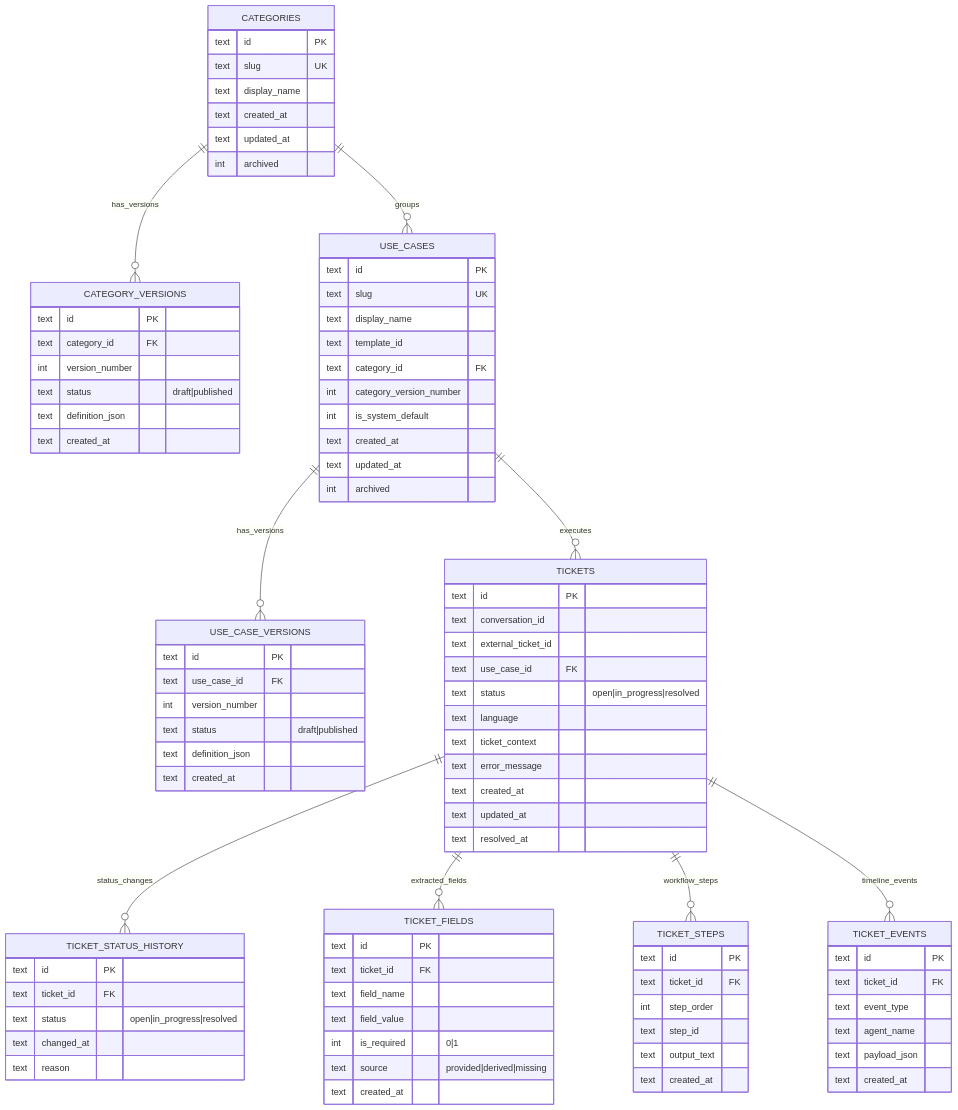
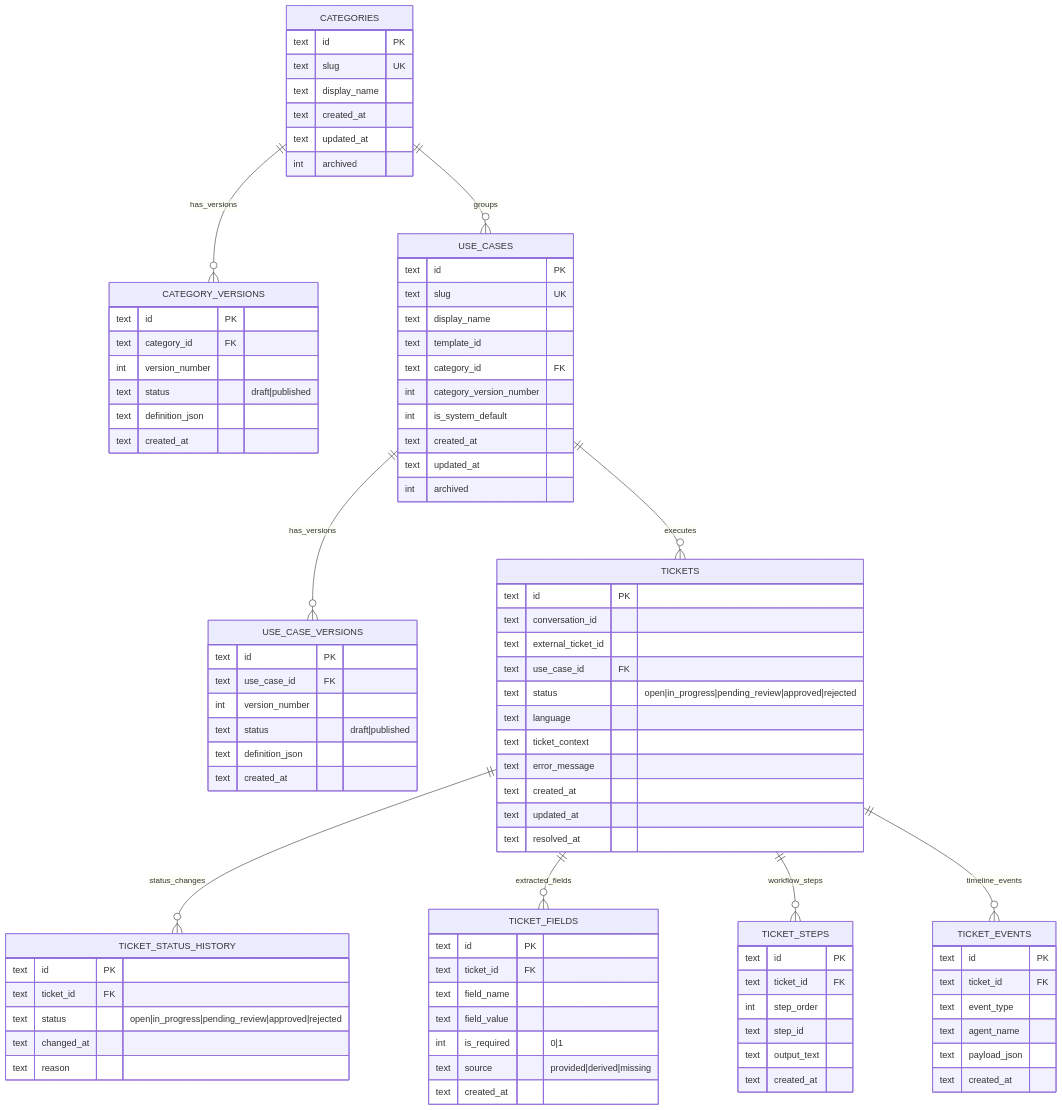
The diagram in help-desk-agent/docs/db/schema.md (JoanClaverolVolotea/help-desk-agents), drawn with Mermaid before and after one commit. The commit also changed other lines of this file and 23 other files, not shown here.

```diff
--- a/help-desk-agent/docs/db/schema.md
+++ b/help-desk-agent/docs/db/schema.md
@@ -61,7 +61,7 @@
       text conversation_id
       text external_ticket_id
       text use_case_id FK
-      text status "open|in_progress|resolved"
+      text status "open|in_progress|pending_review|approved|rejected"
       text language
       text ticket_context
       text error_message
@@ -73,7 +73,7 @@
     TICKET_STATUS_HISTORY {
       text id PK
       text ticket_id FK
-      text status "open|in_progress|resolved"
+      text status "open|in_progress|pending_review|approved|rejected"
       text changed_at
       text reason
     }
```
